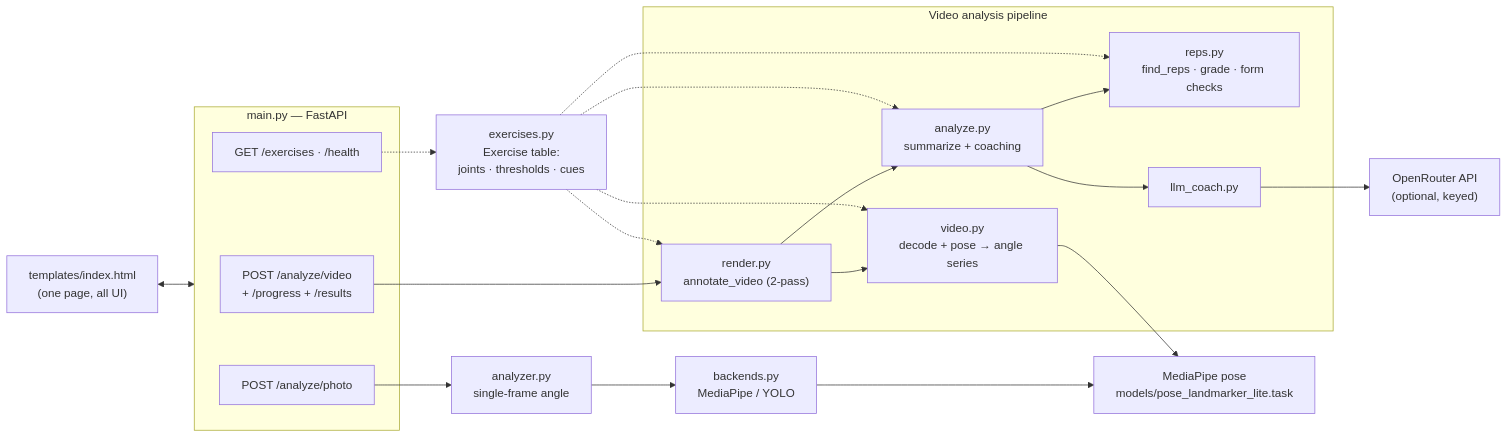
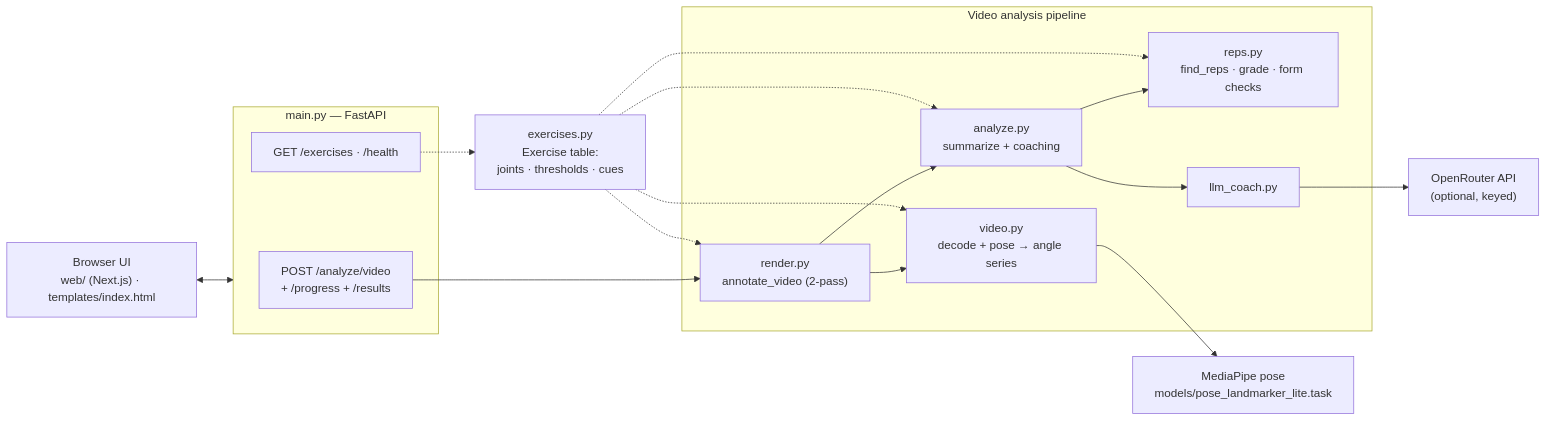
Before and after one commit to dmdevom/gym-trainer: the first of 3 diagrams in PIPELINE.md, drawn with Mermaid. The commit also changed other lines of this file and 7 other files, not shown here.

````diff
--- a/PIPELINE.md
+++ b/PIPELINE.md
@@ -20,40 +20,36 @@
 ```mermaid
 flowchart LR
-    HTML["templates/index.html<br/>(one page, all UI)"]
+    HTML["Browser UI<br/>web/ (Next.js) · templates/index.html"]
 
     subgraph API["main.py — FastAPI"]
         VID["POST /analyze/video<br/>+ /progress + /results"]
-        PHOTO["POST /analyze/photo"]
         EXAPI["GET /exercises · /health"]
     end
 
     subgraph PIPE["Video analysis pipeline"]
         RENDER["render.py<br/>annotate_video (2-pass)"]
         VIDEO["video.py<br/>decode + pose → angle series"]
         ANALYZE["analyze.py<br/>summarize + coaching"]
         REPS["reps.py<br/>find_reps · grade · form checks"]
         LLM["llm_coach.py"]
     end
 
-    ANALYZER["analyzer.py<br/>single-frame angle"]
-    BACKENDS["backends.py<br/>MediaPipe / YOLO"]
     MP["MediaPipe pose<br/>models/pose_landmarker_lite.task"]
     OR["OpenRouter API<br/>(optional, keyed)"]
     CFG["exercises.py<br/>Exercise table:<br/>joints · thresholds · cues"]
 
     HTML <--> API
     VID --> RENDER
     RENDER --> VIDEO
     RENDER --> ANALYZE
     ANALYZE --> REPS
     ANALYZE --> LLM
     VIDEO --> MP
     LLM --> OR
-    PHOTO --> ANALYZER --> BACKENDS --> MP
 
     CFG -.-> VIDEO
     CFG -.-> REPS
     CFG -.-> ANALYZE
     CFG -.-> RENDER
     EXAPI -.-> CFG
 ```
````
